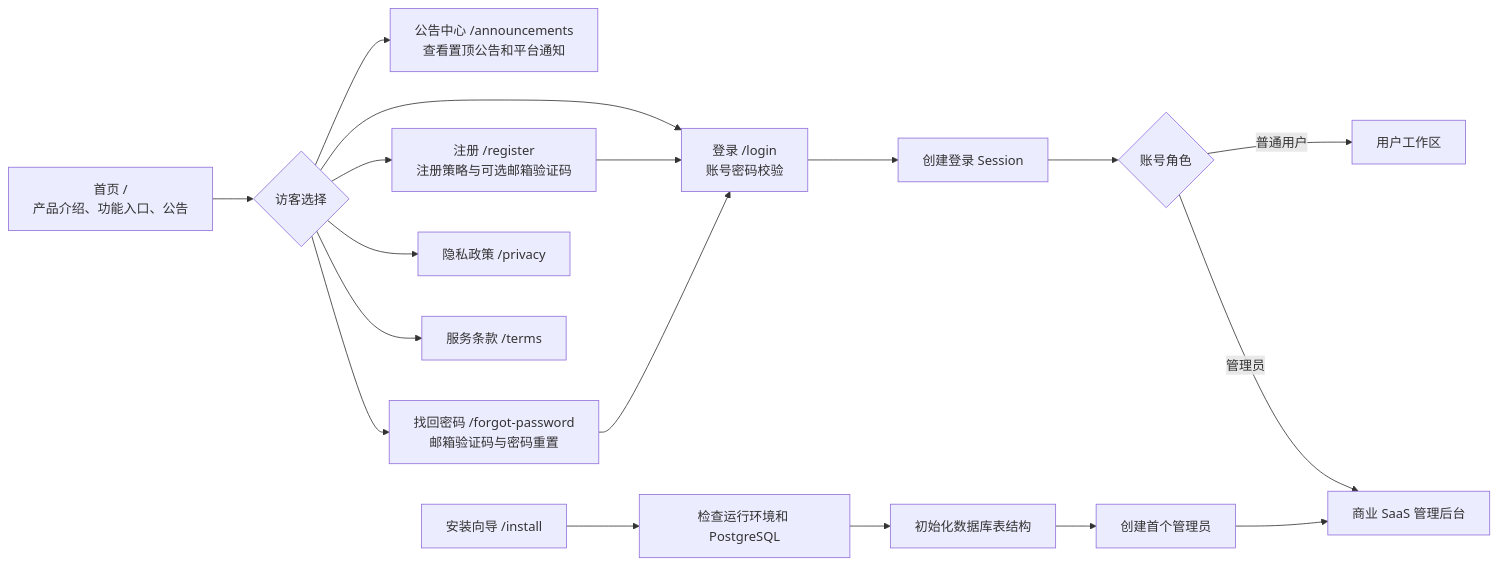
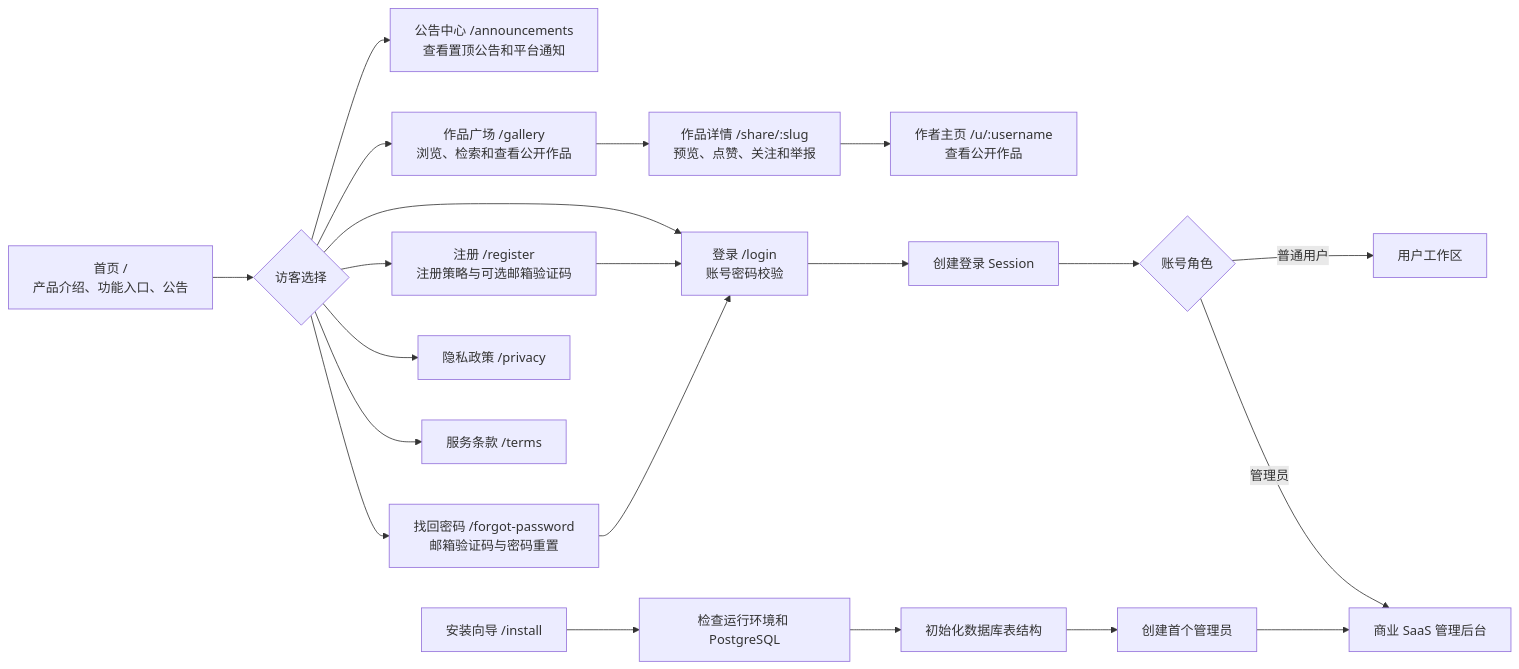
One commit to ldq551945-del/DQ-canvas changed the first of 9 diagrams in README.md. Above: the diagram before and after it, drawn with Mermaid. The commit also changed other lines of this file, not shown here.

````diff
--- a/README.md
+++ b/README.md
@@ -50,23 +52,27 @@
 ```mermaid
 flowchart LR
     HOME["首页 /<br/>产品介绍、功能入口、公告"] --> ACTION{"访客选择"}
 
     ACTION --> ANN["公告中心 /announcements<br/>查看置顶公告和平台通知"]
+    ACTION --> GALLERY["作品广场 /gallery<br/>浏览、检索和查看公开作品"]
     ACTION --> LOGIN["登录 /login<br/>账号密码校验"]
     ACTION --> REGISTER["注册 /register<br/>注册策略与可选邮箱验证码"]
     ACTION --> FORGOT["找回密码 /forgot-password<br/>邮箱验证码与密码重置"]
     ACTION --> PRIVACY["隐私政策 /privacy"]
     ACTION --> TERMS["服务条款 /terms"]
+
+    GALLERY --> SHARE["作品详情 /share/:slug<br/>预览、点赞、关注和举报"]
+    SHARE --> CREATOR["作者主页 /u/:username<br/>查看公开作品"]
 
     REGISTER --> LOGIN
     FORGOT --> LOGIN
     LOGIN --> SESSION["创建登录 Session"]
     SESSION --> ROLE{"账号角色"}
     ROLE -->|普通用户| USER["用户工作区"]
     ROLE -->|管理员| ADMIN["商业 SaaS 管理后台"]
 
     INSTALL["安装向导 /install"] --> CHECK["检查运行环境和 PostgreSQL"]
     CHECK --> SCHEMA["初始化数据库表结构"]
     SCHEMA --> FIRST_ADMIN["创建首个管理员"]
     FIRST_ADMIN --> ADMIN
 ```
````
